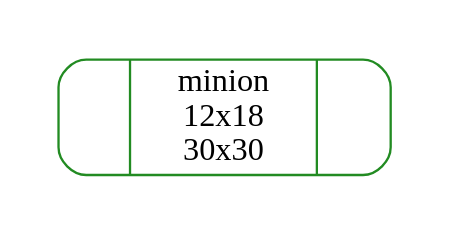
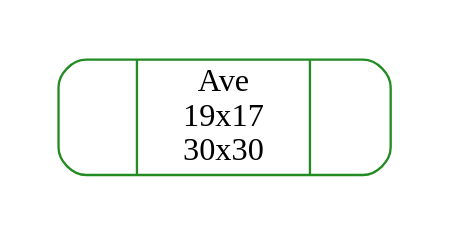
The diagram in Reports/binaryTree.dot (JPineda12/EDD_2S2019_PY1_201404405), drawn with Graphviz before and after one commit. The commit also changed 43 other files, not shown here.

```diff
--- a/Reports/binaryTree.dot
+++ b/Reports/binaryTree.dot
@@ -1,10 +1,10 @@
 digraph arbolBinario
 {
     rankdir=TB;
     graph [pad=".25", ranksep="1.0", nodesep="1"];
     node [shape=record, style = rounded, color = forestgreen];
     node [width = 2, height = 0.7, fixedsize="true"];
     //Nodes and links creation
-    ndminion[label="<left> | minion \n12x18\n30x30 | <right>"];
-    //Links ndminion
+    ndAve[label="<left> | Ave \n19x17\n30x30 | <right>"];
+    //Links ndAve
 }
```
